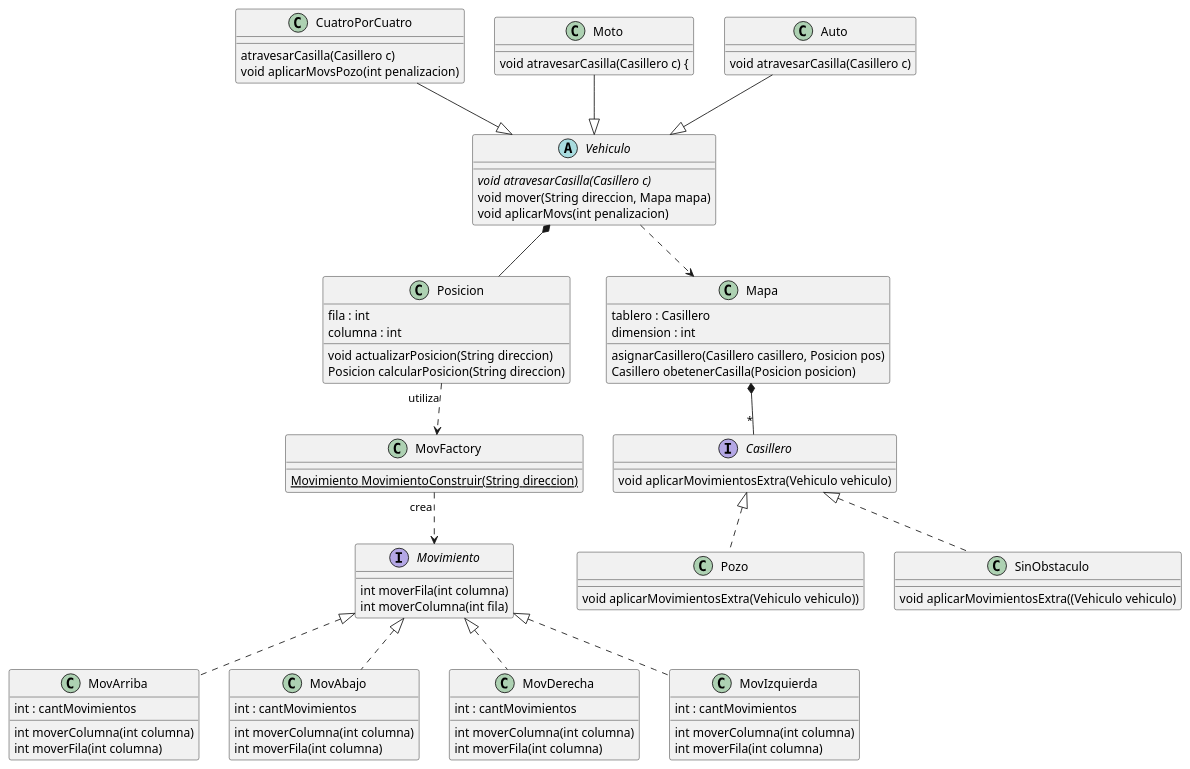
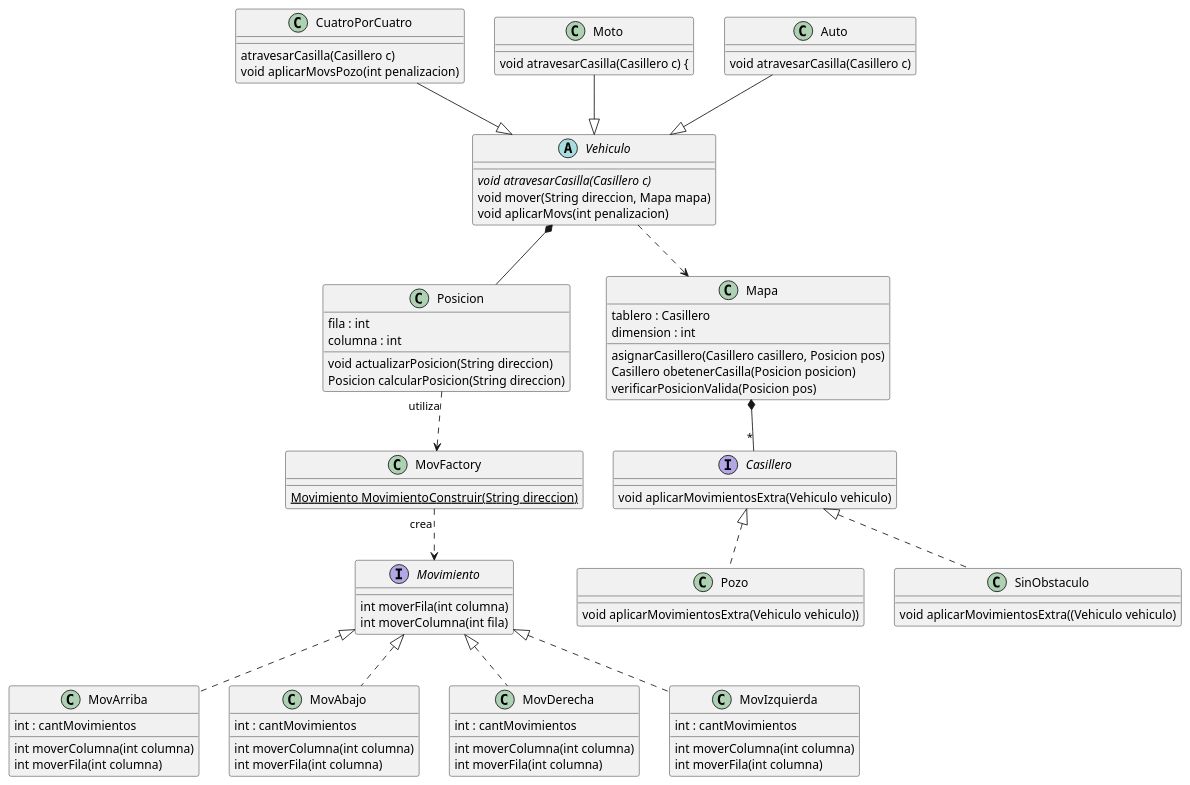
One commit to TomBPotochek/AlgoRitmos-GPS_Challenge-TP2 changed the diagram in diagrams/classes/diagrama de clase.puml. Above: the diagram before and after it, drawn with PlantUML. The commit also changed 1 other file, not shown here.

Commit message:
Se agrego un metodo al diagrama de clases

```diff
--- a/diagrams/classes/diagrama de clase.puml
+++ b/diagrams/classes/diagrama de clase.puml
@@ -1,82 +1,83 @@
 @startuml
 'https://plantuml.com/class-diagram'
 abstract class Vehiculo{
     {abstract} void atravesarCasilla(Casillero c)
     void mover(String direccion, Mapa mapa)
     void aplicarMovs(int penalizacion)
 }
 class CuatroPorCuatro{
      atravesarCasilla(Casillero c)
      void aplicarMovsPozo(int penalizacion)
 }
 class Moto{
      void atravesarCasilla(Casillero c) {
 }
 class Auto{
 void atravesarCasilla(Casillero c)
 }
 class Posicion{
     fila : int
     columna : int
     void actualizarPosicion(String direccion)
     Posicion calcularPosicion(String direccion)
 }
 
 interface Casillero{
     void aplicarMovimientosExtra(Vehiculo vehiculo)
 }
 class Mapa{
     tablero : Casillero
     dimension : int
     asignarCasillero(Casillero casillero, Posicion pos)
     Casillero obetenerCasilla(Posicion posicion)
+    verificarPosicionValida(Posicion pos)
 }
 
 class Pozo implements Casillero{
     void aplicarMovimientosExtra(Vehiculo vehiculo))
 }
 class SinObstaculo implements Casillero{
     void aplicarMovimientosExtra((Vehiculo vehiculo)
 }
 
 class MovFactory{
     {static}Movimiento MovimientoConstruir(String direccion)
 }
 
 interface Movimiento{
     int moverFila(int columna)
     int moverColumna(int fila)
 }
 class MovArriba implements Movimiento{
     int : cantMovimientos
     int moverColumna(int columna)
     int moverFila(int columna)
 }
 class MovAbajo implements Movimiento{
     int : cantMovimientos
     int moverColumna(int columna)
     int moverFila(int columna)
 }
 class MovDerecha implements Movimiento{
     int : cantMovimientos
     int moverColumna(int columna)
     int moverFila(int columna)
 }
 class MovIzquierda implements Movimiento{
     int : cantMovimientos
     int moverColumna(int columna)
     int moverFila(int columna)
 }
 
 Mapa *-- "*" Casillero
 Moto --|> Vehiculo
 Auto --|> Vehiculo
 CuatroPorCuatro --|> Vehiculo
 Vehiculo ..> Mapa
 Vehiculo *--Posicion
 
 MovFactory "crea"..> Movimiento
 
 Posicion "utiliza"..> MovFactory
 
 @enduml
```
